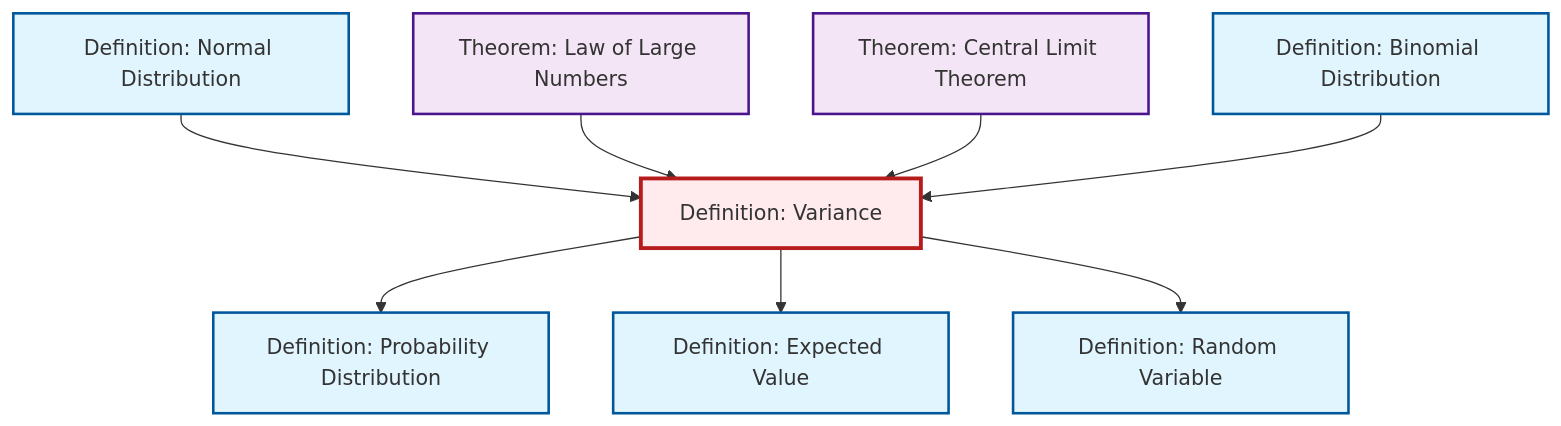
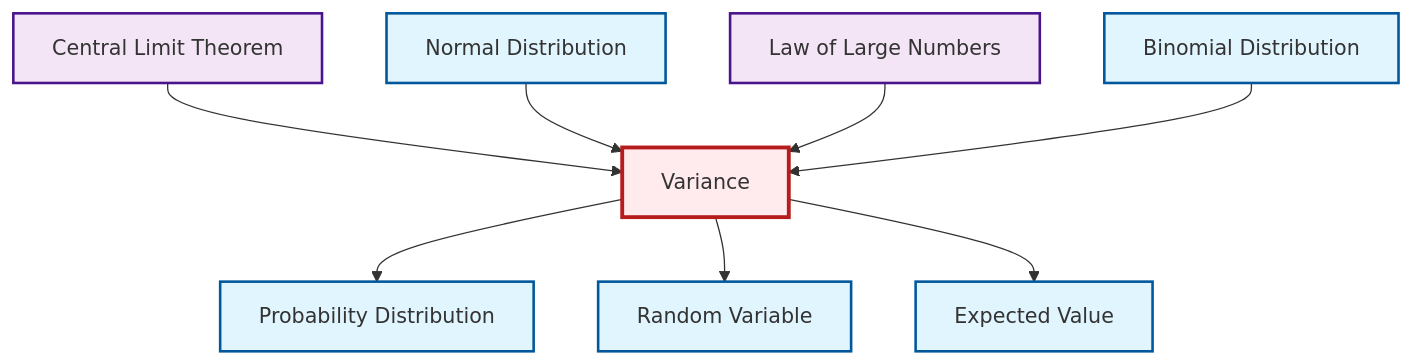
One commit to RK0429/ModernMath changed the diagram in output/mermaid/en/def-variance.mermaid. Above: the diagram before and after it, drawn with Mermaid. The commit also changed 3157 other files, not shown here.

```diff
--- a/output/mermaid/en/def-variance.mermaid
+++ b/output/mermaid/en/def-variance.mermaid
@@ -1,22 +1,22 @@
 graph TD
     classDef definition fill:#e1f5fe,stroke:#01579b,stroke-width:2px
     classDef theorem fill:#f3e5f5,stroke:#4a148c,stroke-width:2px
     classDef axiom fill:#fff3e0,stroke:#e65100,stroke-width:2px
     classDef example fill:#e8f5e9,stroke:#1b5e20,stroke-width:2px
     classDef current fill:#ffebee,stroke:#b71c1c,stroke-width:3px
-    def-variance["Definition: Variance"]:::definition
-    thm-law-of-large-numbers["Theorem: Law of Large Numbers"]:::theorem
-    thm-central-limit["Theorem: Central Limit Theorem"]:::theorem
-    def-binomial-distribution["Definition: Binomial Distribution"]:::definition
-    def-random-variable["Definition: Random Variable"]:::definition
-    def-normal-distribution["Definition: Normal Distribution"]:::definition
-    def-expectation["Definition: Expected Value"]:::definition
-    def-probability-distribution["Definition: Probability Distribution"]:::definition
+    thm-central-limit["Central Limit Theorem"]:::theorem
+    def-binomial-distribution["Binomial Distribution"]:::definition
+    def-random-variable["Random Variable"]:::definition
+    def-probability-distribution["Probability Distribution"]:::definition
+    thm-law-of-large-numbers["Law of Large Numbers"]:::theorem
+    def-normal-distribution["Normal Distribution"]:::definition
+    def-expectation["Expected Value"]:::definition
+    def-variance["Variance"]:::definition
+    thm-central-limit --> def-variance
     def-variance --> def-probability-distribution
+    def-variance --> def-random-variable
+    def-normal-distribution --> def-variance
     def-variance --> def-expectation
-    def-normal-distribution --> def-variance
-    def-variance --> def-random-variable
     thm-law-of-large-numbers --> def-variance
-    thm-central-limit --> def-variance
     def-binomial-distribution --> def-variance
     class def-variance current
```
